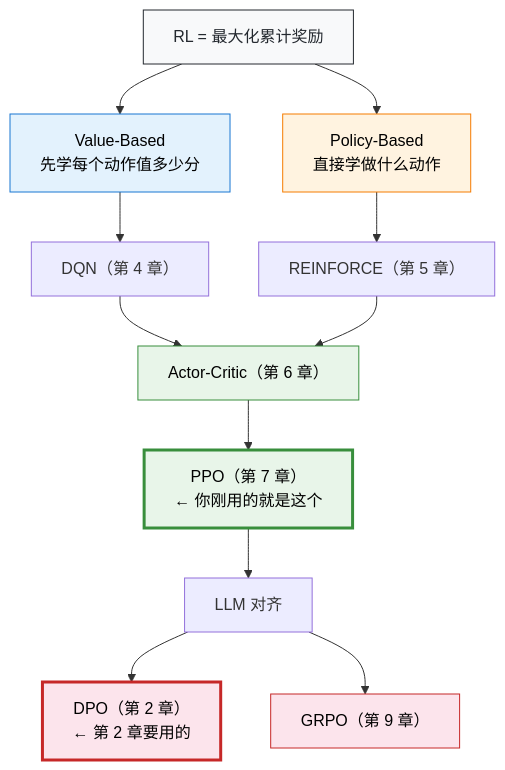
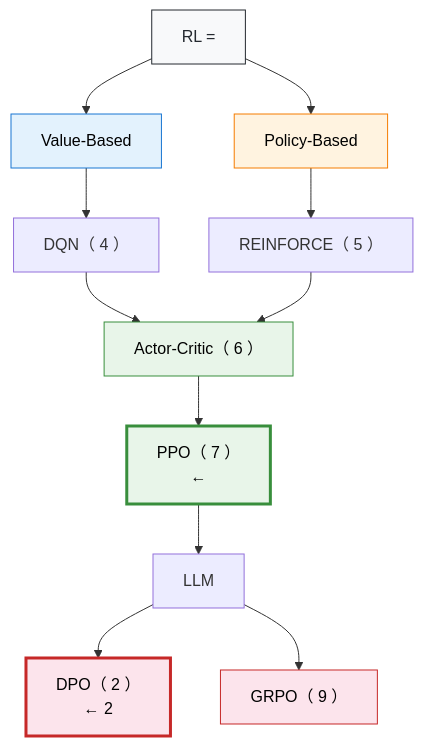
Before and after one commit to letslego/hands-on-modern-rl: the diagram in docs/chapter01_cartpole/metrics.md, drawn with Mermaid. The commit also changed other lines of this file and 267 other files, not shown here.

````diff
--- a/docs/chapter01_cartpole/metrics.md
+++ b/docs/chapter01_cartpole/metrics.md
@@ -699,25 +699,25 @@
 ```mermaid
 graph TD
-    ROOT["RL = 最大化累计奖励"] --> VB["Value-Based<br/>先学每个动作值多少分"]
-    ROOT --> PB["Policy-Based<br/>直接学做什么动作"]
+    ROOT["RL = "] --> VB["Value-Based<br/>"]
+    ROOT --> PB["Policy-Based<br/>"]
 
-    VB --> DQN["DQN（第 4 章）"]
-    PB --> PG["REINFORCE（第 5 章）"]
+    VB --> DQN["DQN（ 4 ）"]
+    PB --> PG["REINFORCE（ 5 ）"]
 
-    DQN --> AC["Actor-Critic（第 6 章）"]
+    DQN --> AC["Actor-Critic（ 6 ）"]
     PG --> AC
 
-    AC --> PPO["PPO（第 7 章）<br/>← 你刚用的就是这个"]
+    AC --> PPO["PPO（ 7 ）<br/>← "]
 
-    PPO --> LLM["LLM 对齐"]
-    LLM --> DPOG["DPO（第 2 章）<br/>← 第 2 章要用的"]
-    LLM --> GRPOG["GRPO（第 9 章）"]
+    PPO --> LLM["LLM "]
+    LLM --> DPOG["DPO（ 2 ）<br/>←  2 "]
+    LLM --> GRPOG["GRPO（ 9 ）"]
 
     style ROOT fill:#f8f9fa,stroke:#24292f,color:#24292f
     style VB fill:#e3f2fd,stroke:#1976d2,color:#000
     style PB fill:#fff3e0,stroke:#f57c00,color:#000
     style AC fill:#e8f5e9,stroke:#388e3c,color:#000
     style PPO fill:#e8f5e9,stroke:#388e3c,stroke-width:3px,color:#000
     style DPOG fill:#fce4ec,stroke:#c62828,stroke-width:3px,color:#000
     style GRPOG fill:#fce4ec,stroke:#c62828,color:#000
 ```
````
